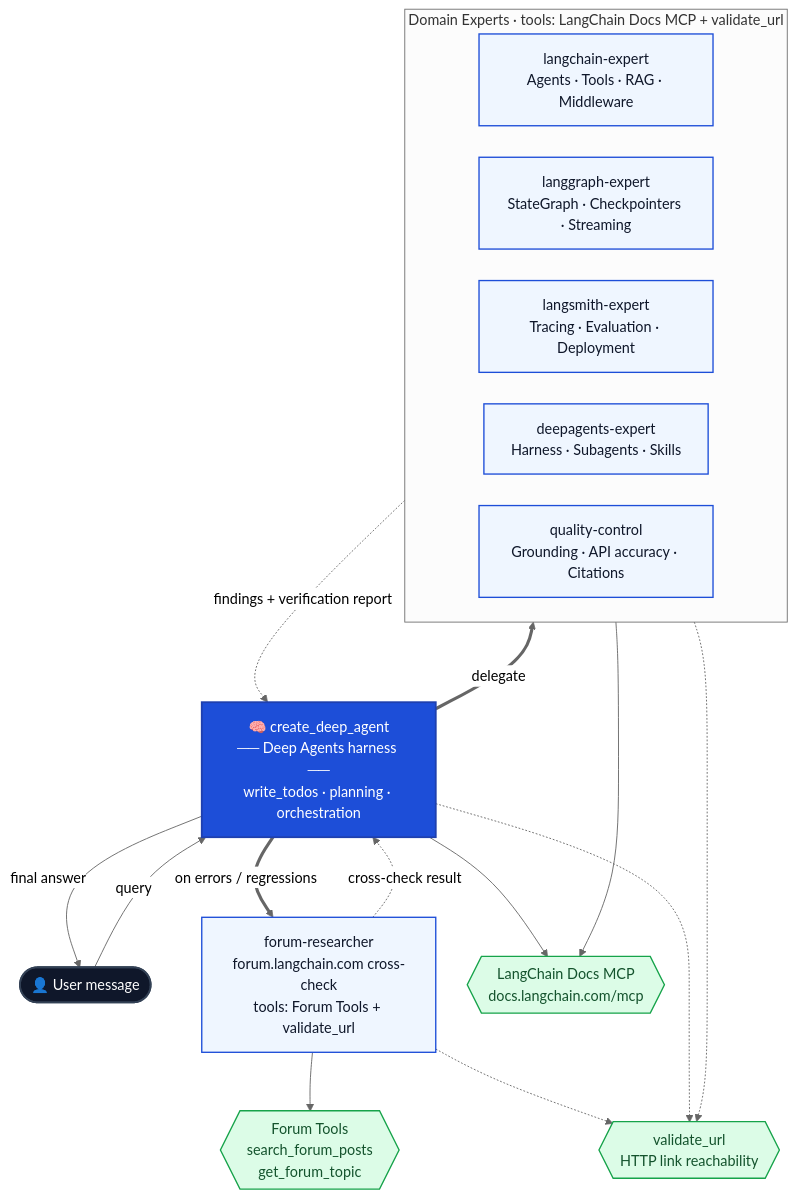
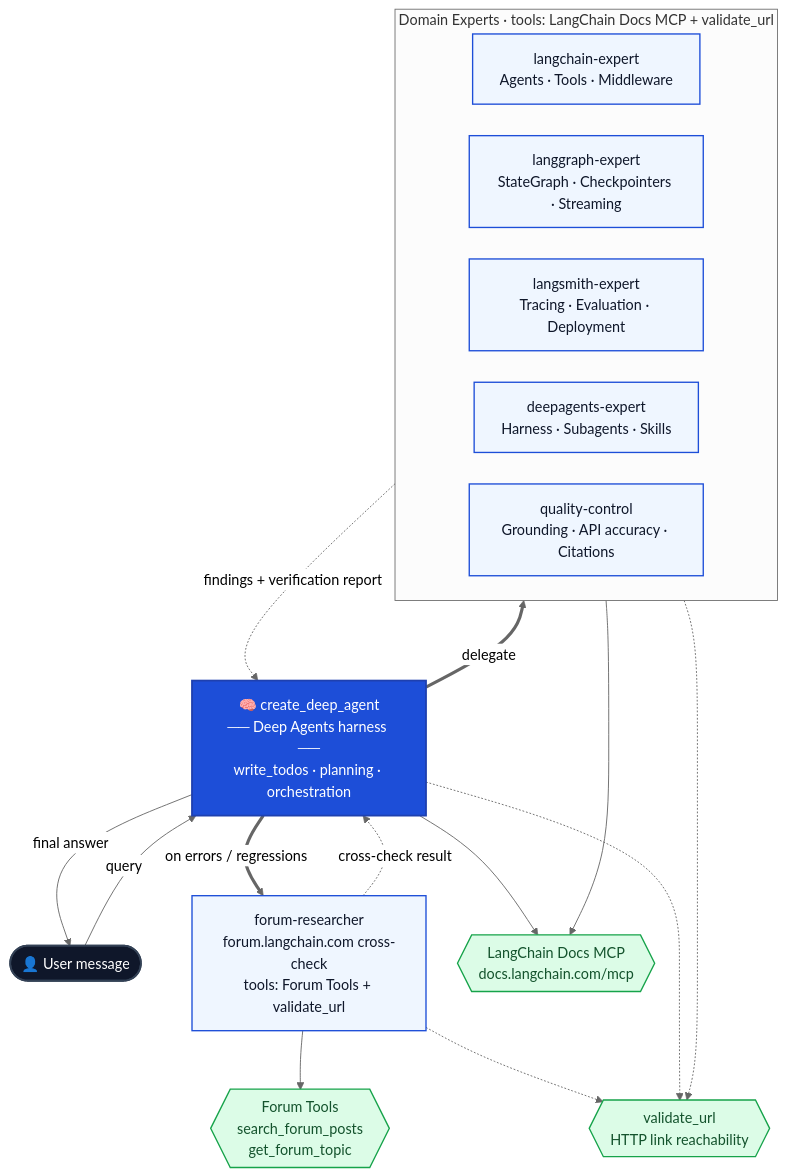
Before and after one commit to keenborder786/langchain-docs-agent: the diagram in README.md, drawn with Mermaid (neutral theme).

````diff
--- a/README.md
+++ b/README.md
@@ -11,50 +11,50 @@
 ```mermaid
 %%{init: {"flowchart": {"rankSpacing": 65, "nodeSpacing": 35, "curve": "basis"}}}%%
 flowchart TB
     User(["👤 User message"])
 
     Orch["🧠 create_deep_agent\n── Deep Agents harness ──\nwrite_todos · planning · orchestration"]
 
     subgraph experts["Domain Experts  ·  tools: LangChain Docs MCP + validate_url"]
         direction LR
-        LC["langchain-expert\nAgents · Tools · RAG · Middleware"]
+        LC["langchain-expert\nAgents · Tools · Middleware"]
         LG["langgraph-expert\nStateGraph · Checkpointers · Streaming"]
         LS["langsmith-expert\nTracing · Evaluation · Deployment"]
         DA["deepagents-expert\nHarness · Subagents · Skills"]
         QC["quality-control\nGrounding · API accuracy · Citations"]
     end
 
     FR["forum-researcher\nforum.langchain.com cross-check\ntools: Forum Tools + validate_url"]
 
     MCP{{"LangChain Docs MCP\ndocs.langchain.com/mcp"}}
     FT{{"Forum Tools\nsearch_forum_posts\nget_forum_topic"}}
     VU{{"validate_url\nHTTP link reachability"}}
 
     User -->|query| Orch
     Orch -->|final answer| User
 
     Orch ==>|delegate| experts
     Orch ==>|on errors / regressions| FR
 
     experts -.->|findings + verification report| Orch
     FR -.->|cross-check result| Orch
 
     experts --> MCP
     Orch --> MCP
 
     FR --> FT
 
     experts -.-> VU
     FR -.-> VU
     Orch -.-> VU
 
     classDef user fill:#0f172a,stroke:#334155,stroke-width:2px,color:#ffffff
     classDef orch fill:#1d4ed8,stroke:#1e40af,stroke-width:2px,color:#ffffff
     classDef sub fill:#eff6ff,stroke:#1d4ed8,stroke-width:1.5px,color:#0f172a
     classDef tool fill:#dcfce7,stroke:#16a34a,stroke-width:1.5px,color:#14532d
 
     class User user
     class Orch orch
     class LC,LG,LS,DA,QC,FR sub
     class MCP,FT,VU tool
 ```
````
